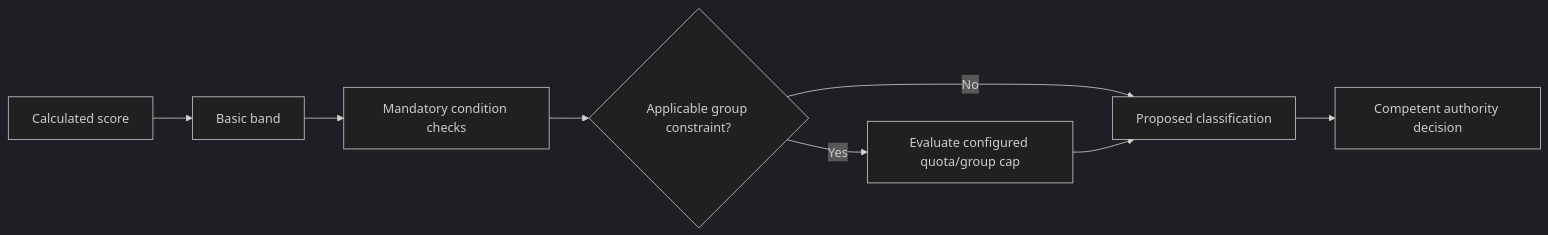
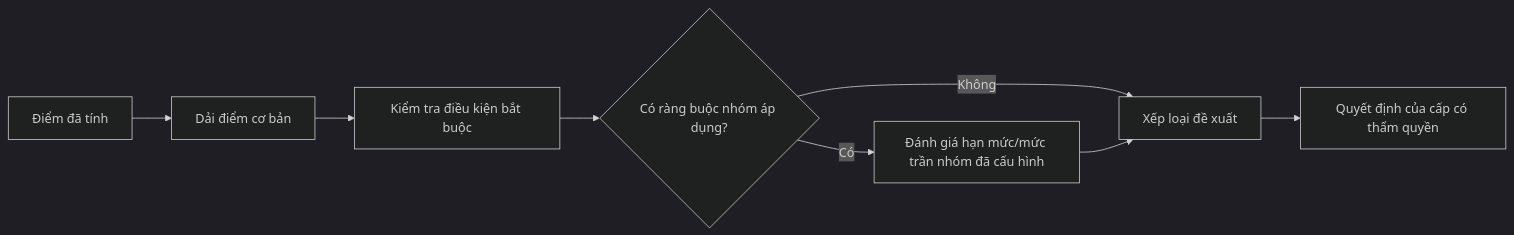
Before and after one commit to chotr/BTCTU: the diagram in docs/03-business/classification-rules.md, drawn with Mermaid (dark theme). The commit also changed other lines of this file and 48 other files, not shown here.

````diff
--- a/docs/03-business/classification-rules.md
+++ b/docs/03-business/classification-rules.md
@@ -39,10 +39,10 @@
 ```mermaid
 flowchart LR
-  S["Calculated score"] --> B["Basic band"]
-  B --> G["Mandatory condition checks"]
-  G --> C{"Applicable group constraint?"}
-  C -->|"Yes"| Q["Evaluate configured quota/group cap"]
-  C -->|"No"| P["Proposed classification"]
+  S["Điểm đã tính"] --> B["Dải điểm cơ bản"]
+  B --> G["Kiểm tra điều kiện bắt buộc"]
+  G --> C{"Có ràng buộc nhóm áp dụng?"}
+  C -->|"Có"| Q["Đánh giá hạn mức/mức trần nhóm đã cấu hình"]
+  C -->|"Không"| P["Xếp loại đề xuất"]
   Q --> P
-  P --> A["Competent authority decision"]
+  P --> A["Quyết định của cấp có thẩm quyền"]
 ```
````
